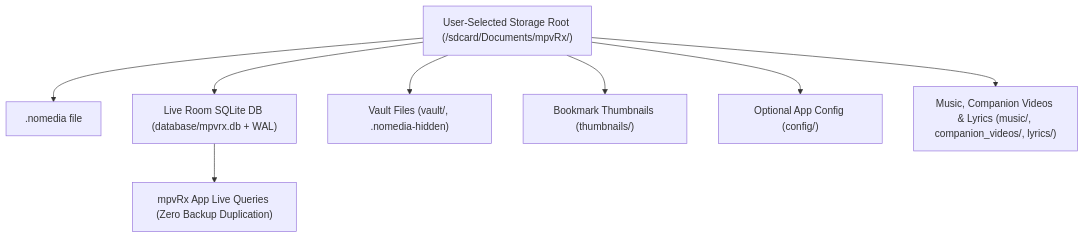
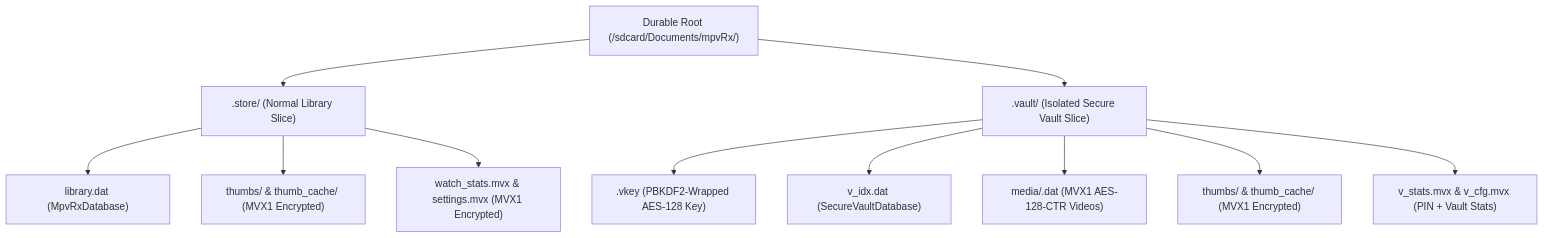
One commit to Mostakim2005/mpvRx changed the sixth of 8 diagrams in docs/ARCHITECTURE.md. Above: the diagram before and after it, drawn with Mermaid. The commit also changed other lines of this file and 51 other files, not shown here.

Commit message:
feat(secure): segregate vault DB, encrypt durable storage with MVX1 AES-CTR, and fix bookmark scopes

````diff
--- a/docs/ARCHITECTURE.md
+++ b/docs/ARCHITECTURE.md
@@ -235,10 +238,13 @@
 ```mermaid
 flowchart TD
-    UserPickedRoot["User-Selected Storage Root (/sdcard/Documents/mpvRx/)"] --> Nomedia[".nomedia file"]
-    UserPickedRoot --> LiveDB["Live Room SQLite DB (database/mpvrx.db + WAL)"]
-    UserPickedRoot --> Vault["Vault Files (vault/, .nomedia-hidden)"]
-    UserPickedRoot --> Thumbnails["Bookmark Thumbnails (thumbnails/)"]
-    UserPickedRoot --> Config["Optional App Config (config/)"]
-    UserPickedRoot --> Media["Music, Companion Videos & Lyrics (music/, companion_videos/, lyrics/)"]
-    LiveDB --> App["mpvRx App Live Queries (Zero Backup Duplication)"]
+    Root["Durable Root (/sdcard/Documents/mpvRx/)"] --> Store[".store/ (Normal Library Slice)"]
+    Root --> Vault[".vault/ (Isolated Secure Vault Slice)"]
+    Store --> LibDB["library.dat (MpvRxDatabase)"]
+    Store --> PubThumbs["thumbs/ & thumb_cache/ (MVX1 Encrypted)"]
+    Store --> PubMeta["watch_stats.mvx & settings.mvx (MVX1 Encrypted)"]
+    Vault --> VKey[".vkey (PBKDF2-Wrapped AES-128 Key)"]
+    Vault --> VaultDB["v_idx.dat (SecureVaultDatabase)"]
+    Vault --> VaultMedia["media/<uuid>.dat (MVX1 AES-128-CTR Videos)"]
+    Vault --> VaultThumbs["thumbs/ & thumb_cache/ (MVX1 Encrypted)"]
+    Vault --> VaultMeta["v_stats.mvx & v_cfg.mvx (PIN + Vault Stats)"]
 ```
````
